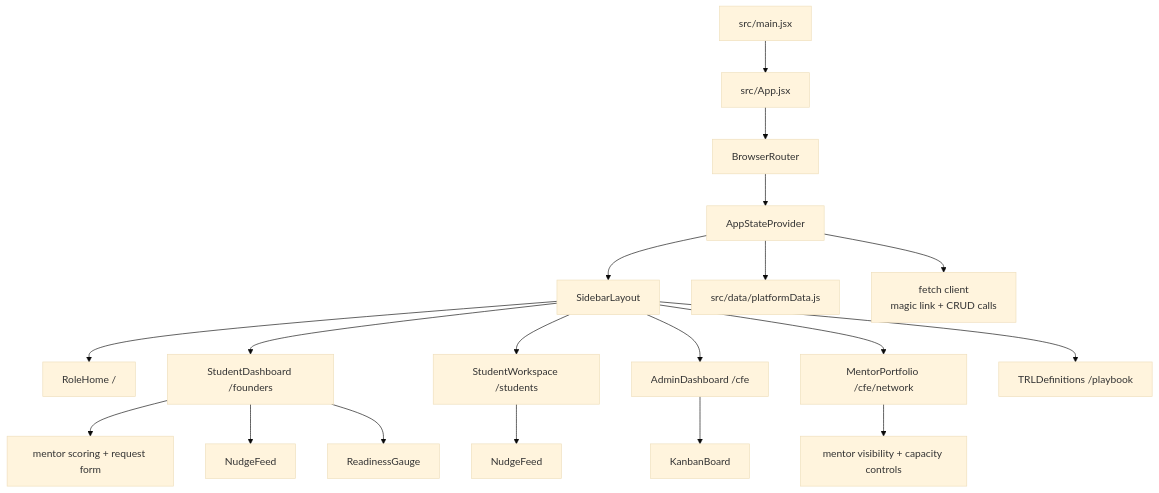
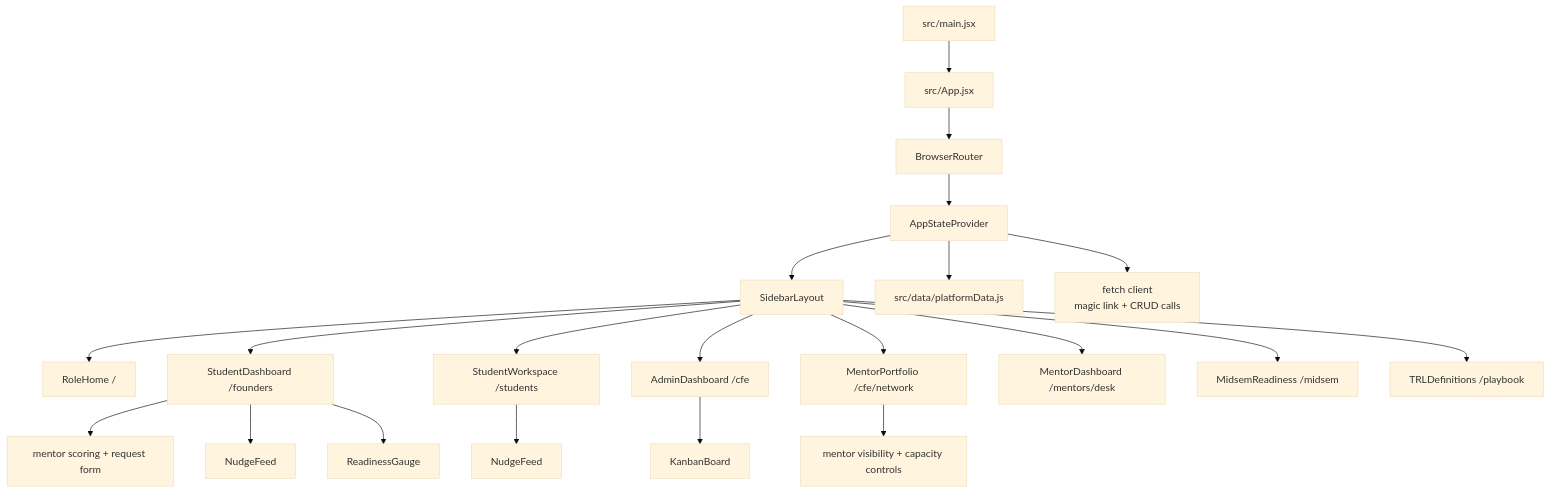
One commit to Pulsator01/MentorMe changed the second of 6 diagrams in docs/system-architecture.md. Above: the diagram before and after it, drawn with Mermaid (base theme). The commit also changed other lines of this file and 4 other files, not shown here.

````diff
--- a/docs/system-architecture.md
+++ b/docs/system-architecture.md
@@ -66,23 +67,25 @@
 ```mermaid
 flowchart TD
     MAIN["src/main.jsx"] --> APP["src/App.jsx"]
     APP --> ROUTER["BrowserRouter"]
     ROUTER --> STATE["AppStateProvider"]
     STATE --> LAYOUT["SidebarLayout"]
     LAYOUT --> HOME["RoleHome /"]
     LAYOUT --> FOUNDERS["StudentDashboard /founders"]
     LAYOUT --> STUDENTS["StudentWorkspace /students"]
     LAYOUT --> CFE["AdminDashboard /cfe"]
     LAYOUT --> NETWORK["MentorPortfolio /cfe/network"]
+    LAYOUT --> MENTORDESK["MentorDashboard /mentors/desk"]
+    LAYOUT --> MIDSEM["MidsemReadiness /midsem"]
     LAYOUT --> PLAYBOOK["TRLDefinitions /playbook"]
 
     FOUNDERS --> MATCHING["mentor scoring + request form"]
     FOUNDERS --> NUDGES1["NudgeFeed"]
     FOUNDERS --> GAUGE["ReadinessGauge"]
     STUDENTS --> NUDGES2["NudgeFeed"]
     CFE --> BOARD["KanbanBoard"]
     NETWORK --> CAPACITY["mentor visibility + capacity controls"]
 
     STATE --> SEED["src/data/platformData.js"]
     STATE --> API_CLIENT["fetch client<br/>magic link + CRUD calls"]
 ```
````
